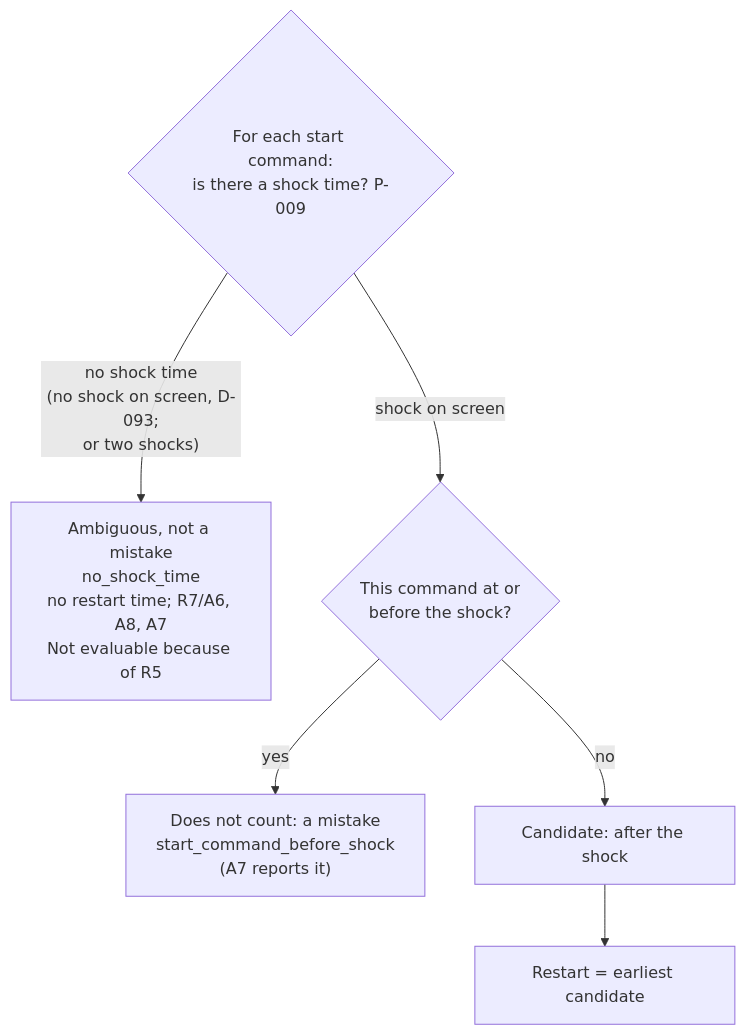
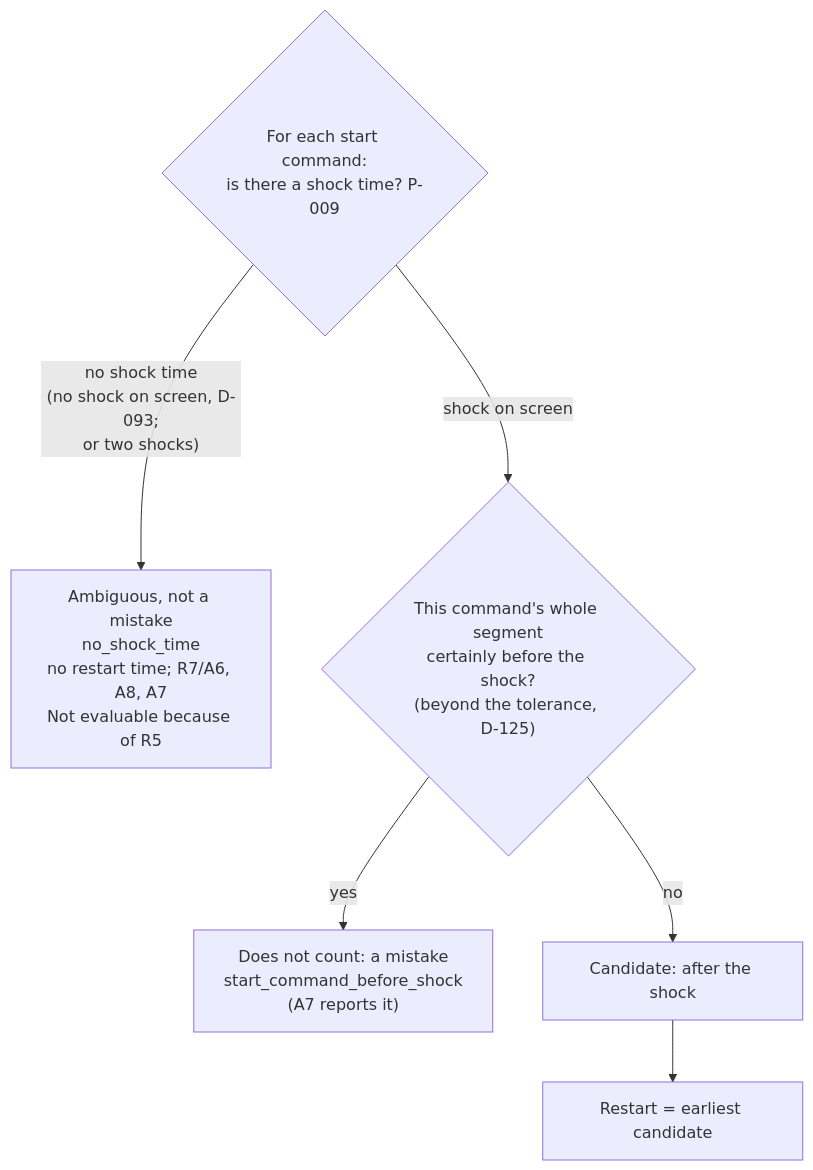
One commit to ananthu65/defibrillator_research changed the sixth of 22 diagrams in docs/rule_engine/diagrams.md. Above: the diagram before and after it, drawn with Mermaid. The commit also changed other lines of this file and 18 other files, not shown here.

````diff
--- a/docs/rule_engine/diagrams.md
+++ b/docs/rule_engine/diagrams.md
@@ -124,8 +126,8 @@
 ```mermaid
 flowchart TD
     K{"For each start command:<br/>is there a shock time? P-009"} -->|"no shock time<br/>(no shock on screen, D-093;<br/>or two shocks)"| A0["Ambiguous, not a mistake<br/>no_shock_time<br/>no restart time; R7/A6, A8, A7<br/>Not evaluable because of R5"]
-    K -->|shock on screen| B{"This command at or<br/>before the shock?"}
+    K -->|shock on screen| B{"This command's whole segment<br/>certainly before the shock?<br/>(beyond the tolerance, D-125)"}
     B -->|yes| B1["Does not count: a mistake<br/>start_command_before_shock<br/>(A7 reports it)"]
     B -->|no| RS["Candidate: after the shock"]
     RS --> E["Restart = earliest candidate"]
 ```
````
